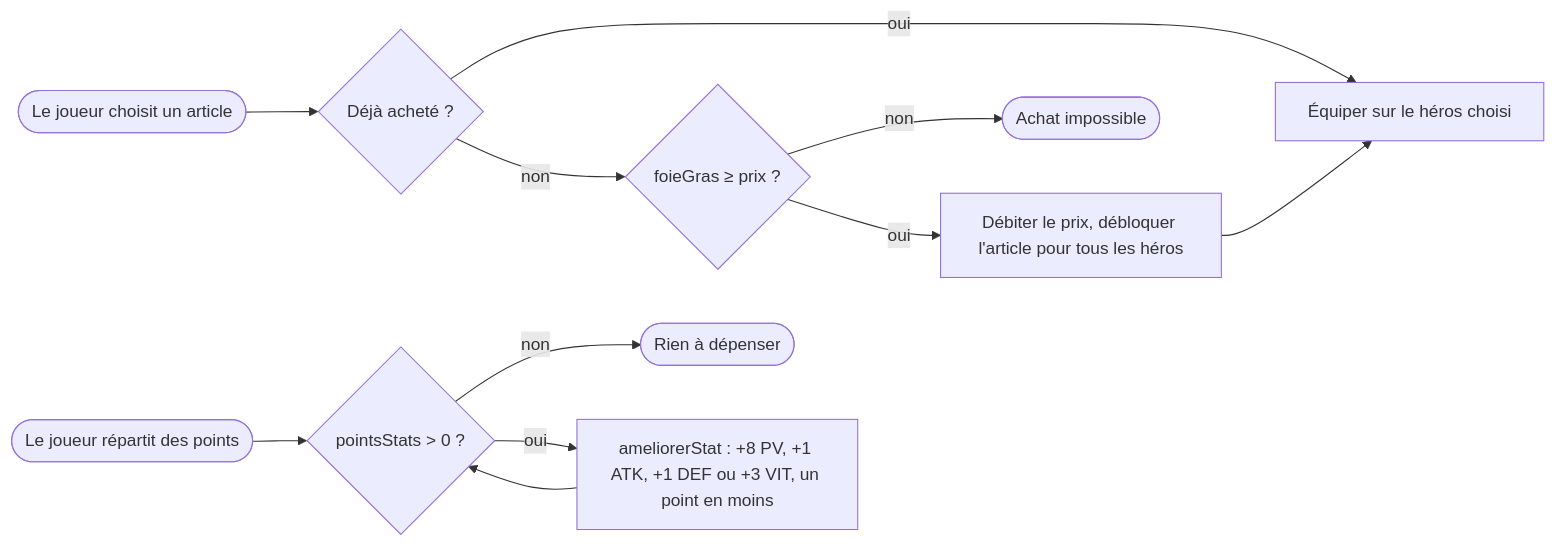
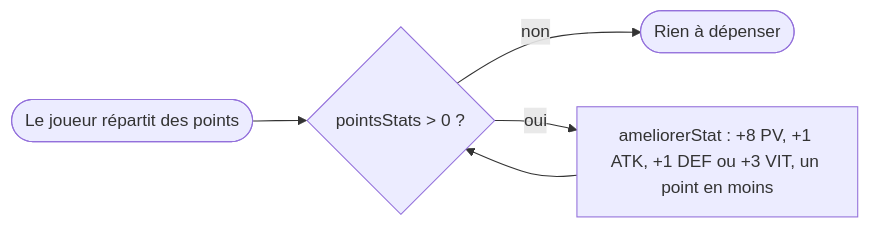
The fifth of 15 diagrams in README.md (evomerse/duckgeon), drawn with Mermaid before and after one commit. The commit also changed other lines of this file, not shown here.

````diff
--- a/README.md
+++ b/README.md
@@ -547,12 +547,6 @@
 ```mermaid
 flowchart LR
-    A(["Le joueur choisit un article"]) --> B{"Déjà acheté ?"}
-    B -- oui --> C["Équiper sur le héros choisi"]
-    B -- non --> D{"foieGras ≥ prix ?"}
-    D -- non --> X(["Achat impossible"])
-    D -- oui --> F["Débiter le prix, débloquer l'article pour tous les héros"] --> C
-
     H(["Le joueur répartit des points"]) --> I{"pointsStats > 0 ?"}
     I -- non --> Y(["Rien à dépenser"])
     I -- oui --> J["ameliorerStat : +8 PV, +1 ATK, +1 DEF ou +3 VIT, un point en moins"] --> I
 ```
````
